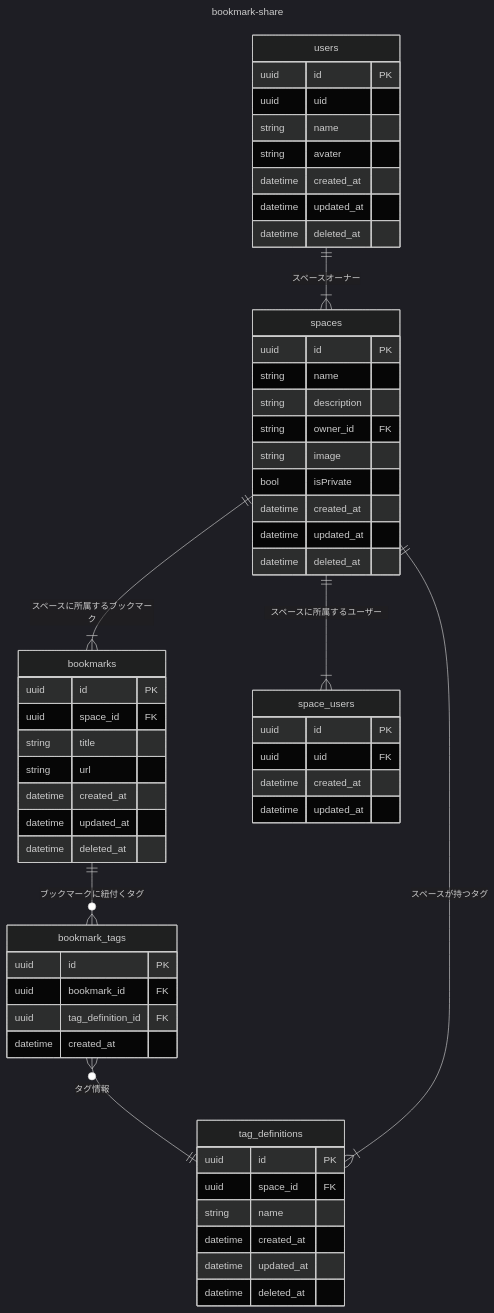
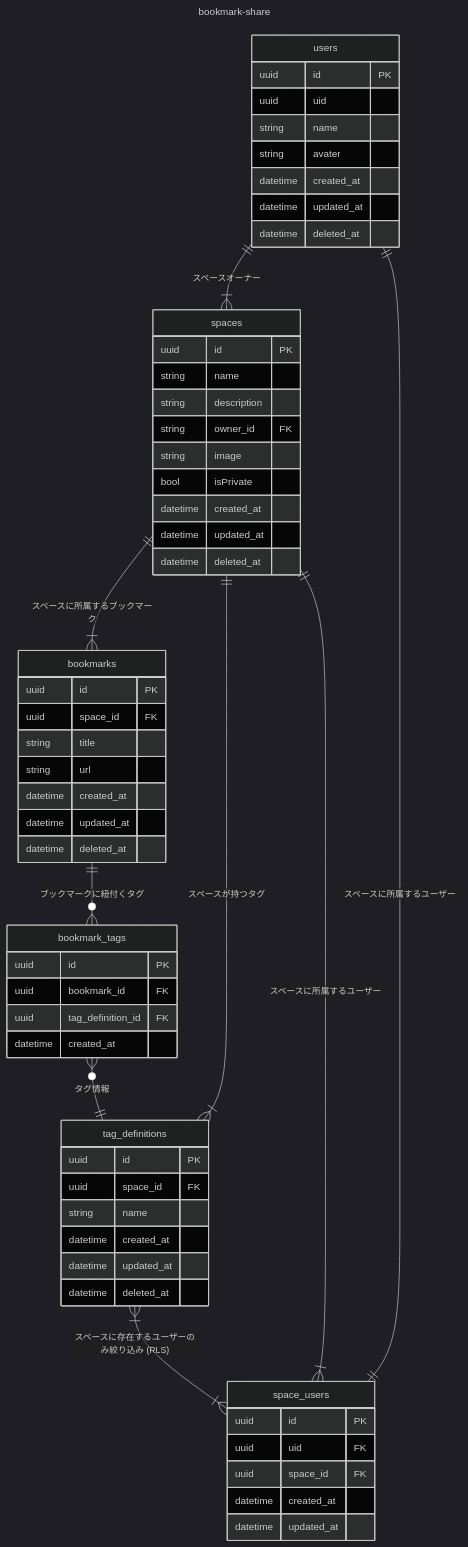
The diagram in docs/database/er-diagram.md (Atoyr/bookmark-share), drawn with Mermaid (dark theme) before and after one commit. The commit also changed 2 other files, not shown here.

Commit message:
update: create tags

````diff
--- a/docs/database/er-diagram.md
+++ b/docs/database/er-diagram.md
@@ -5,67 +5,70 @@
 ```mermaid
 ---
 title: bookmark-share
 ---
 erDiagram
     spaces ||--|{ bookmarks : スペースに所属するブックマーク
     bookmark_tags }o--||tag_definitions : タグ情報
     spaces ||--|{ tag_definitions : スペースが持つタグ
     bookmarks ||--o{ bookmark_tags : ブックマークに紐付くタグ
     users ||--|{ spaces : スペースオーナー
     spaces ||--|{ space_users : スペースに所属するユーザー
+    users ||--|| space_users : スペースに所属するユーザー
+    tag_definitions }|--|{ space_users : "スペースに存在するユーザーのみ絞り込み (RLS)"
 
     users {
         uuid id PK
         uuid uid
         string name
         string avater
         datetime created_at
         datetime updated_at
         datetime deleted_at
     }
 
     spaces {
         uuid id PK
         string name
         string description
         string owner_id FK
         string image
         bool isPrivate
         datetime created_at
         datetime updated_at
         datetime deleted_at
     }
 
     space_users {
         uuid id PK
         uuid uid FK
+        uuid space_id FK
         datetime created_at
         datetime updated_at
     }
 
     bookmarks {
         uuid id PK
         uuid space_id FK
         string title
         string url
         datetime created_at
         datetime updated_at
         datetime deleted_at
     }
 
     bookmark_tags {
         uuid id PK
         uuid bookmark_id FK
         uuid tag_definition_id FK
         datetime created_at
     }
 
     tag_definitions {
         uuid id PK
         uuid space_id FK
         string name
         datetime created_at
         datetime updated_at
         datetime deleted_at
     }
 ```
````
